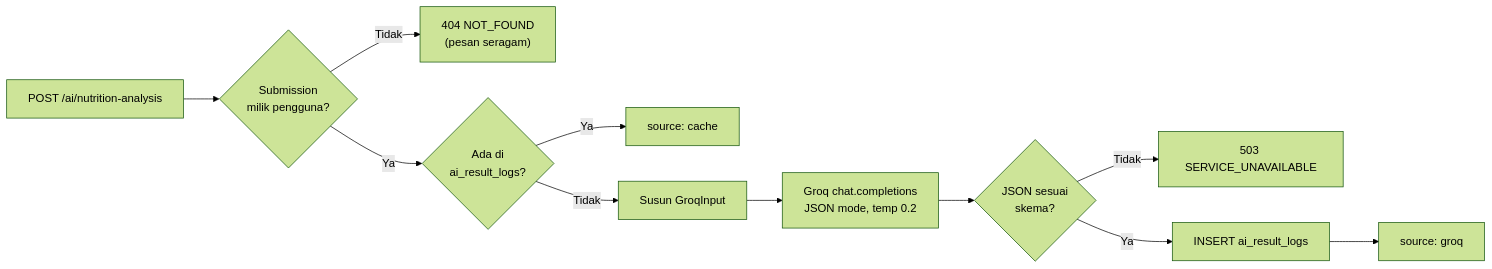
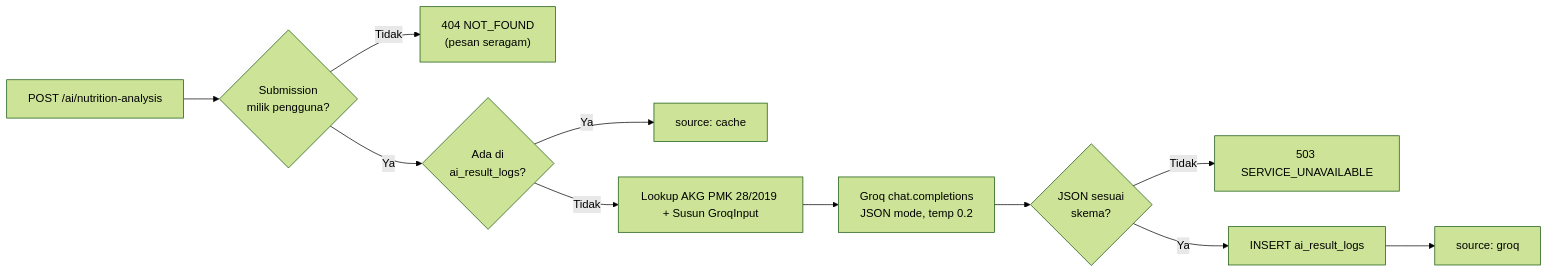
Before and after one commit to Babyhex7/atlas_food_frontend: diagram 12 of 12 in docs/Skripsi_Atlas_Food_Bab_1-5.md, drawn with Mermaid (forest theme). The commit also changed other lines of this file, not shown here.

Commit message:
docs(skripsi): remove AIAssistantSidebar & offline-first claims and align with PMK 28/2019 & latest codebase

````diff
--- a/docs/Skripsi_Atlas_Food_Bab_1-5.md
+++ b/docs/Skripsi_Atlas_Food_Bab_1-5.md
@@ -1570,13 +1519,13 @@
 ```mermaid
 flowchart LR
     A["POST /ai/nutrition-analysis"] --> B{Submission<br/>milik pengguna?}
     B -->|Tidak| E1["404 NOT_FOUND<br/>(pesan seragam)"]
     B -->|Ya| C{Ada di<br/>ai_result_logs?}
     C -->|Ya| D1["source: cache"]
-    C -->|Tidak| F["Susun GroqInput"]
+    C -->|Tidak| F["Lookup AKG PMK 28/2019 + Susun GroqInput"]
     F --> G["Groq chat.completions<br/>JSON mode, temp 0.2"]
     G --> H{JSON sesuai<br/>skema?}
     H -->|Tidak| E2["503 SERVICE_UNAVAILABLE"]
     H -->|Ya| I["INSERT ai_result_logs"]
     I --> D2["source: groq"]
 ```
````
